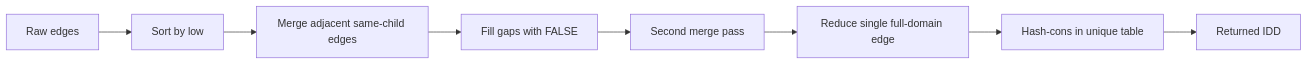
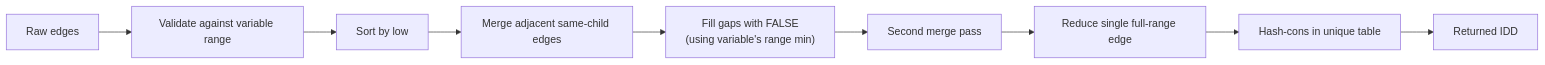
The second of 2 diagrams in docs/architecture.md (SnakeSolid/java-iddlite), drawn with Mermaid before and after one commit. The commit also changed other lines of this file and 16 other files, not shown here.

````diff
--- a/docs/architecture.md
+++ b/docs/architecture.md
@@ -126,10 +134,11 @@
 ```mermaid
 flowchart LR
-    A["Raw edges"] --> B["Sort by low"]
-    B --> C["Merge adjacent same-child edges"]
-    C --> D["Fill gaps with FALSE"]
-    D --> E["Second merge pass"]
-    E --> F["Reduce single full-domain edge"]
-    F --> G["Hash-cons in unique table"]
-    G --> H["Returned IDD"]
+    A["Raw edges"] --> B["Validate against variable range"]
+    B --> C["Sort by low"]
+    C --> D["Merge adjacent same-child edges"]
+    D --> E["Fill gaps with FALSE\n(using variable's range min)"]
+    E --> F["Second merge pass"]
+    F --> G["Reduce single full-range edge"]
+    G --> H["Hash-cons in unique table"]
+    H --> I["Returned IDD"]
 ```
````
